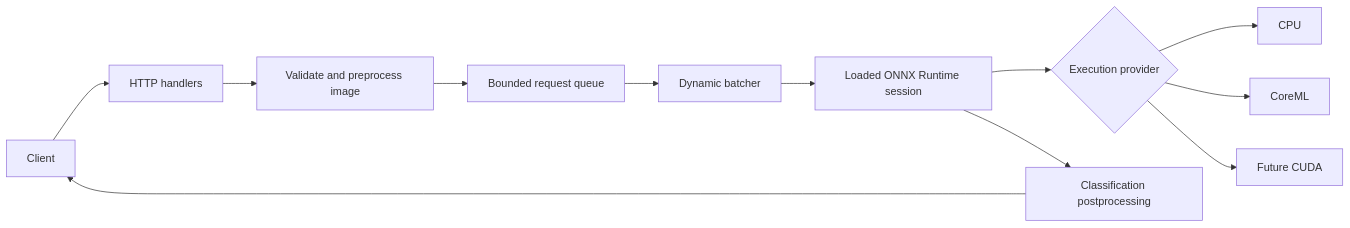
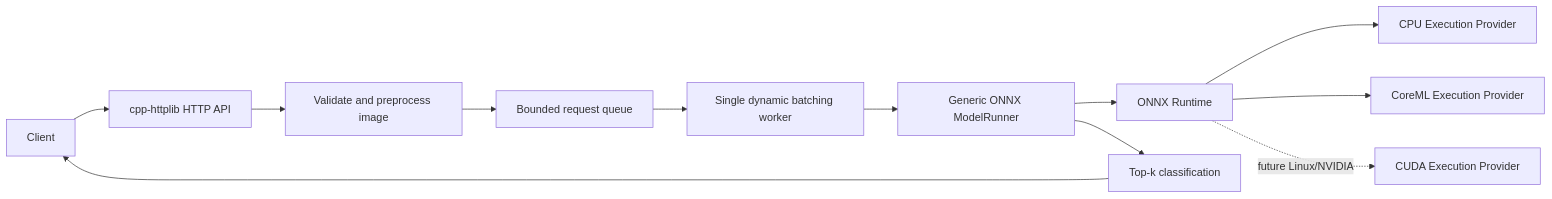
One commit to sashcheka/inference-server changed the diagram in README.md. Above: the diagram before and after it, drawn with Mermaid. The commit also changed other lines of this file and 1 other file, not shown here.

Commit message:
docs: explain architecture and measured validation

````diff
--- a/README.md
+++ b/README.md
@@ -9,14 +11,14 @@
 ```mermaid
 flowchart LR
-    Client --> HTTP[HTTP handlers]
+    Client --> HTTP[cpp-httplib HTTP API]
     HTTP --> Validate[Validate and preprocess image]
     Validate --> Queue[Bounded request queue]
-    Queue --> Batcher[Dynamic batcher]
-    Batcher --> Runner[Loaded ONNX Runtime session]
-    Runner --> EP{Execution provider}
-    EP --> CPU[CPU]
-    EP --> CoreML[CoreML]
-    EP --> FutureCUDA[Future CUDA]
-    Runner --> Post[Classification postprocessing]
+    Queue --> Batch[Single dynamic batching worker]
+    Batch --> Runner[Generic ONNX ModelRunner]
+    Runner --> ORT[ONNX Runtime]
+    ORT --> CPU[CPU Execution Provider]
+    ORT --> CoreML[CoreML Execution Provider]
+    ORT -. future Linux/NVIDIA .-> CUDA[CUDA Execution Provider]
+    Runner --> Post[Top-k classification]
     Post --> Client
 ```
````
